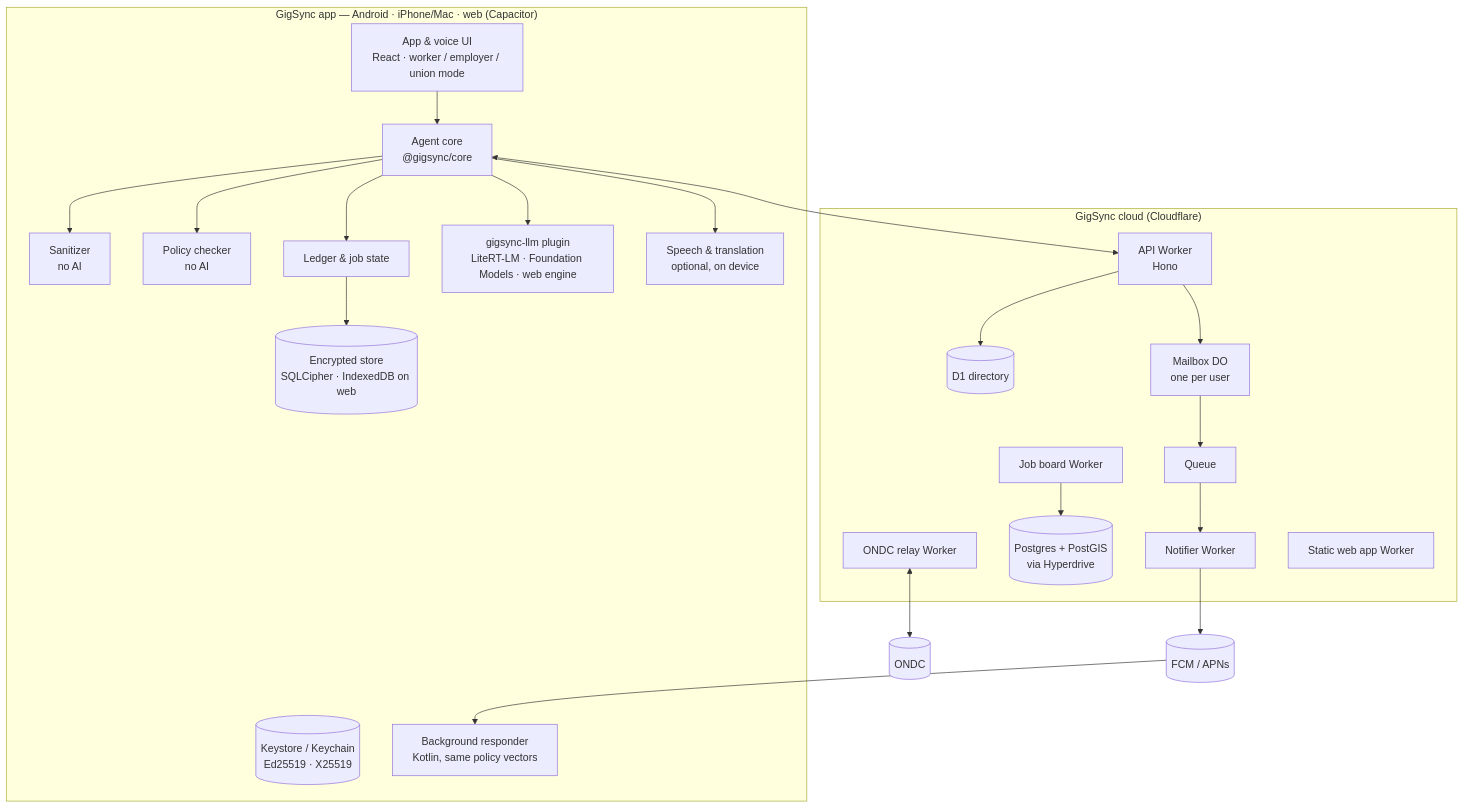
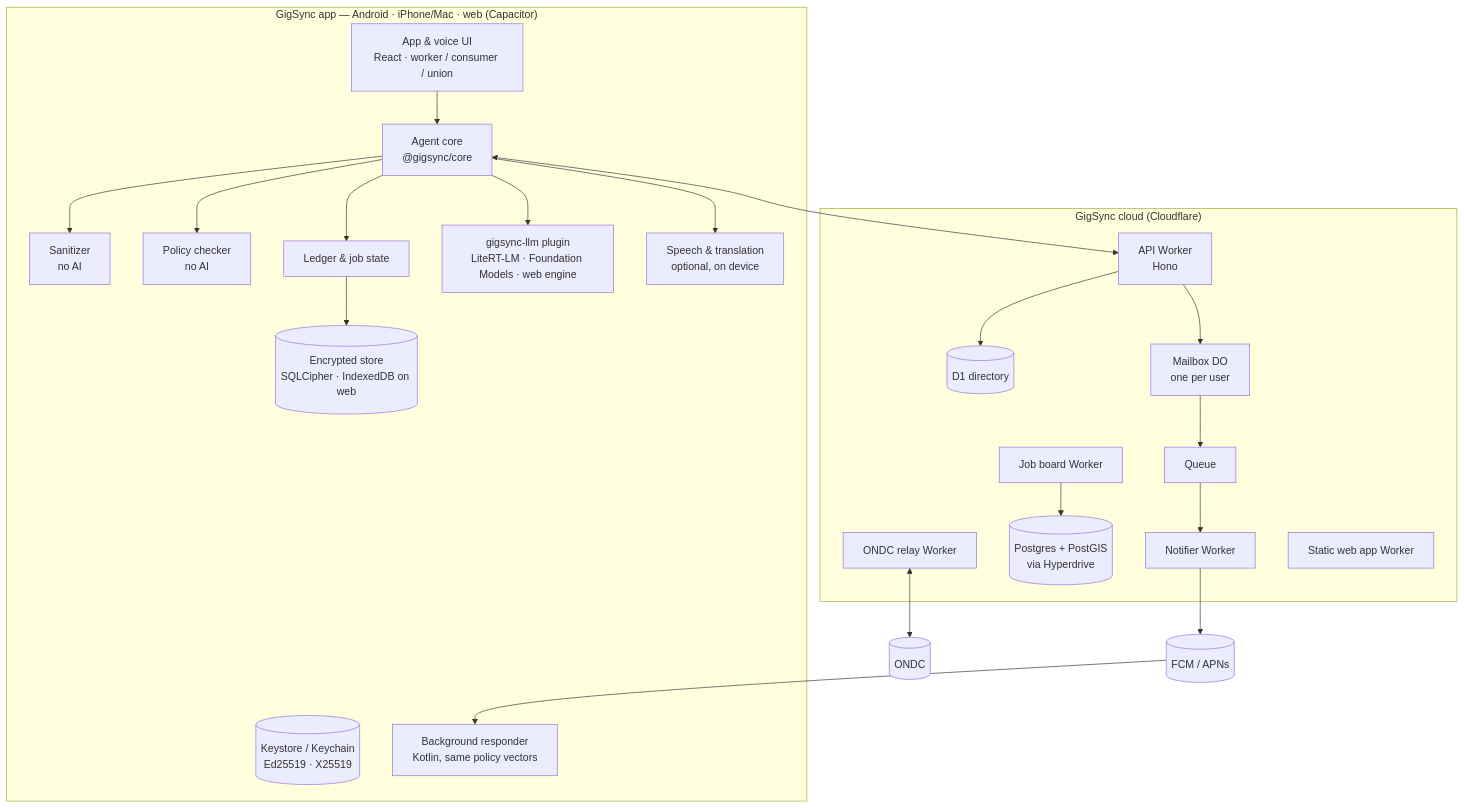
The second of 4 diagrams in docs/gigsync/HLD.md (kirav5/GigSync), drawn with Mermaid before and after one commit. The commit also changed other lines of this file and 21 other files, not shown here.

First line of the commit message:
Worker-consumer framing and free UPI QR payments for the pilot

````diff
--- a/docs/gigsync/HLD.md
+++ b/docs/gigsync/HLD.md
@@ -102,25 +108,25 @@
 ```mermaid
 flowchart TB
   subgraph App["GigSync app — Android · iPhone/Mac · web (Capacitor)"]
-    UI[App & voice UI<br/>React · worker / employer / union mode] --> CORE[Agent core<br/>@gigsync/core]
+    UI[App & voice UI<br/>React · worker / consumer / union] --> CORE[Agent core<br/>@gigsync/core]
     CORE --> SAN[Sanitizer<br/>no AI]
     CORE --> POL[Policy checker<br/>no AI]
     CORE --> LED[Ledger & job state]
     CORE --> LLM[gigsync-llm plugin<br/>LiteRT-LM · Foundation Models · web engine]
     CORE --> SPEECH[Speech & translation<br/>optional, on device]
     LED --> DB[(Encrypted store<br/>SQLCipher · IndexedDB on web)]
     KEYS[(Keystore / Keychain<br/>Ed25519 · X25519)]
     BG[Background responder<br/>Kotlin, same policy vectors]
   end
   subgraph Cloud["GigSync cloud (Cloudflare)"]
     API[API Worker<br/>Hono] --> DIR[(D1 directory)]
     API --> MB[Mailbox DO<br/>one per user]
     MB --> Q[Queue] --> NOTIF[Notifier Worker]
     BOARD[Job board Worker] --> PG[(Postgres + PostGIS<br/>via Hyperdrive)]
     RELAY[ONDC relay Worker]
     WEB[Static web app Worker]
   end
   CORE <--> API
   NOTIF --> FCM[(FCM / APNs)] --> BG
   RELAY <--> ONDC[(ONDC)]
 ```
````
